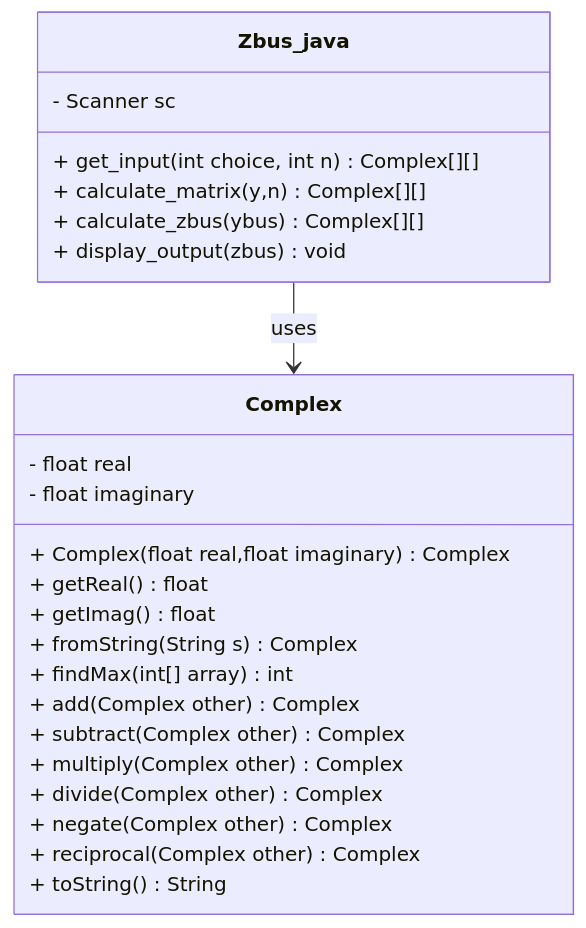
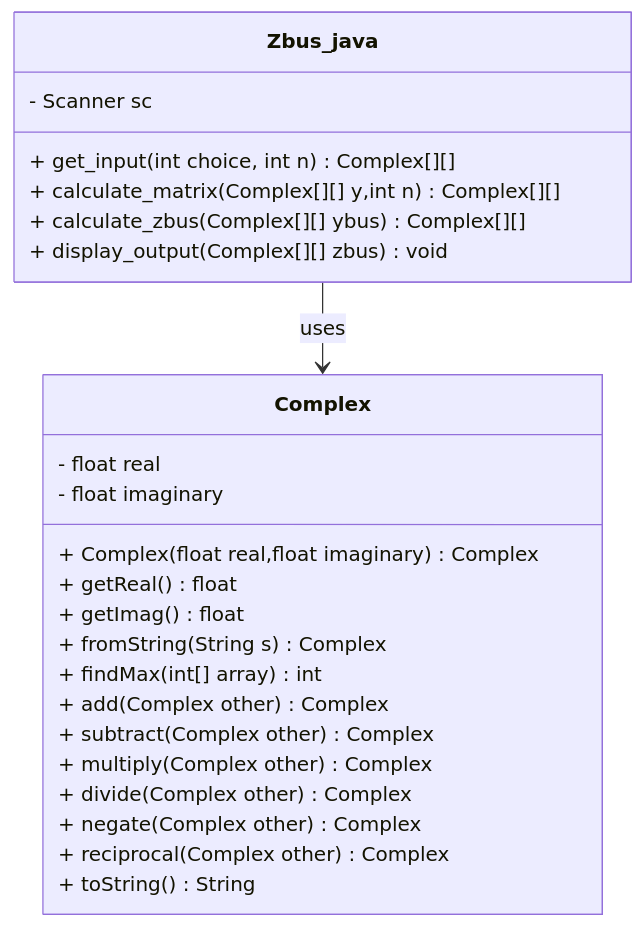
The diagram in bus-impedance-matrix.md (Sree2011/codes-loadflow-analysis), drawn with Mermaid before and after one commit.

Commit message:
Refactor method signatures in Zbus_java class for improved clarity

```diff
--- a/bus-impedance-matrix.md
+++ b/bus-impedance-matrix.md
@@ -47,29 +47,30 @@
 <pre class="mermaid">
 classDiagram
     class Complex{
         - float real
         - float imaginary
         + Complex(float real,float imaginary) Complex
         + getReal() float
         + getImag() float
         + fromString(String s) Complex
         + findMax(int[] array) int
         + add(Complex other) Complex
         + subtract(Complex other) Complex
         + multiply(Complex other) Complex
         + divide(Complex other) Complex
         + negate(Complex other) Complex
         + reciprocal(Complex other) Complex
         + toString() String
     }
 
     class Zbus_java{
         - Scanner sc
         + get_input(int choice, int n) Complex[][]
-        + calculate_matrix(y,n) Complex[][]
-        + calculate_zbus(ybus) Complex[][]
-        + display_output(zbus) void
+        + calculate_matrix(Complex[][] y,int n) Complex[][]
+        + calculate_zbus(Complex[][] ybus) Complex[][]
+        + display_output(Complex[][] zbus) void
     }
 
     Zbus_java --> Complex : uses
+
 </pre>
```
